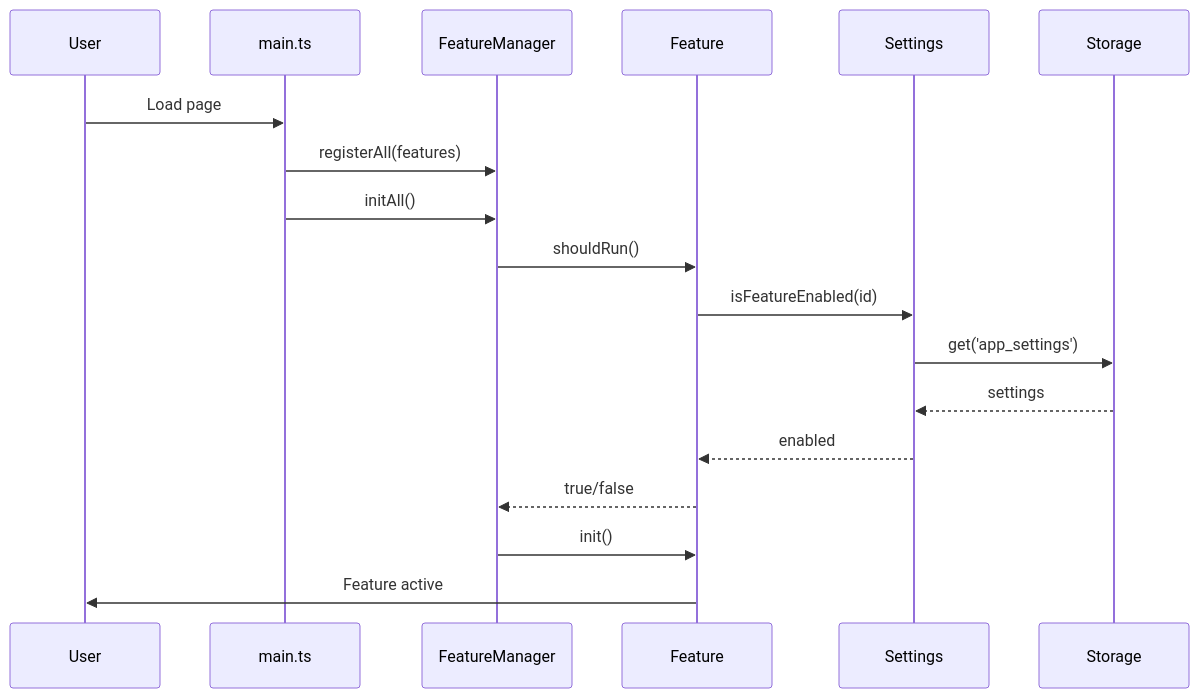
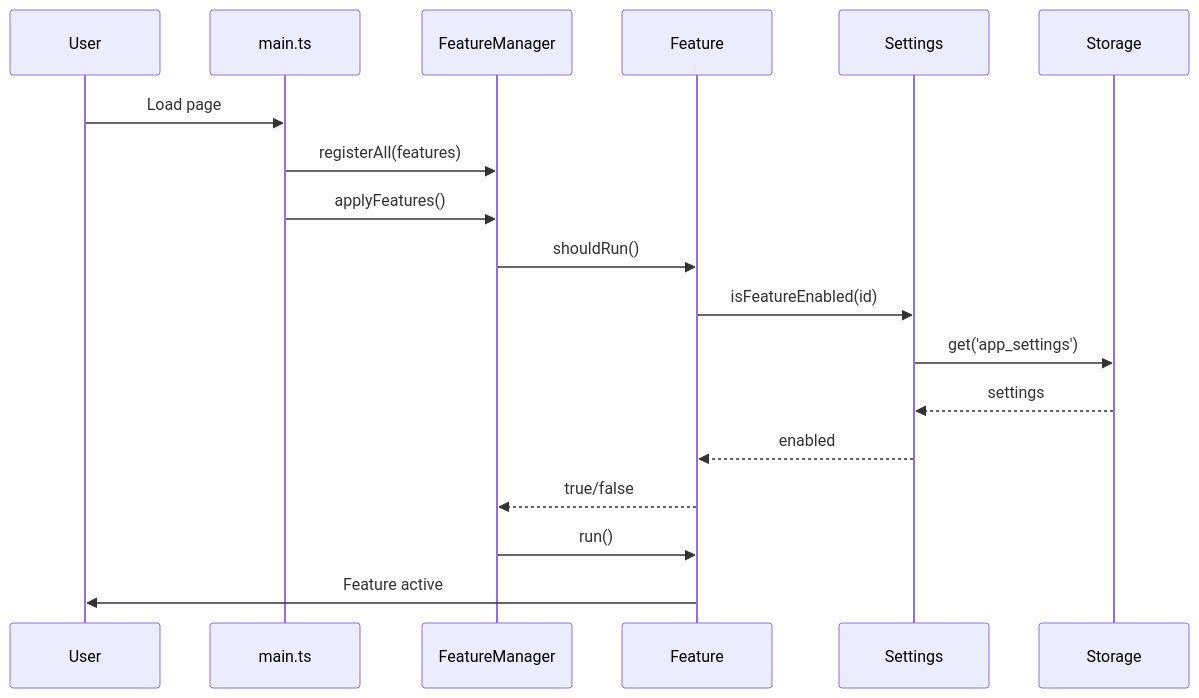
One commit to vuquan2005/svHaUI-Helper changed the fourth of 4 diagrams in ARCHITECTURE.md. Above: the diagram before and after it, drawn with Mermaid. The commit also changed other lines of this file and 4 other files, not shown here.

Commit message:
docs: update API reference, architecture, and guides for v2.1.0

````diff
--- a/ARCHITECTURE.md
+++ b/ARCHITECTURE.md
@@ -175,21 +177,21 @@
 ```mermaid
 sequenceDiagram
     participant U as User
     participant M as main.ts
     participant FM as FeatureManager
     participant F as Feature
     participant S as Settings
     participant ST as Storage
 
     U->>M: Load page
     M->>FM: registerAll(features)
-    M->>FM: initAll()
+    M->>FM: applyFeatures()
     FM->>F: shouldRun()
     F->>S: isFeatureEnabled(id)
     S->>ST: get('app_settings')
     ST-->>S: settings
     S-->>F: enabled
     F-->>FM: true/false
-    FM->>F: init()
+    FM->>F: run()
     F->>U: Feature active
 ```
````
